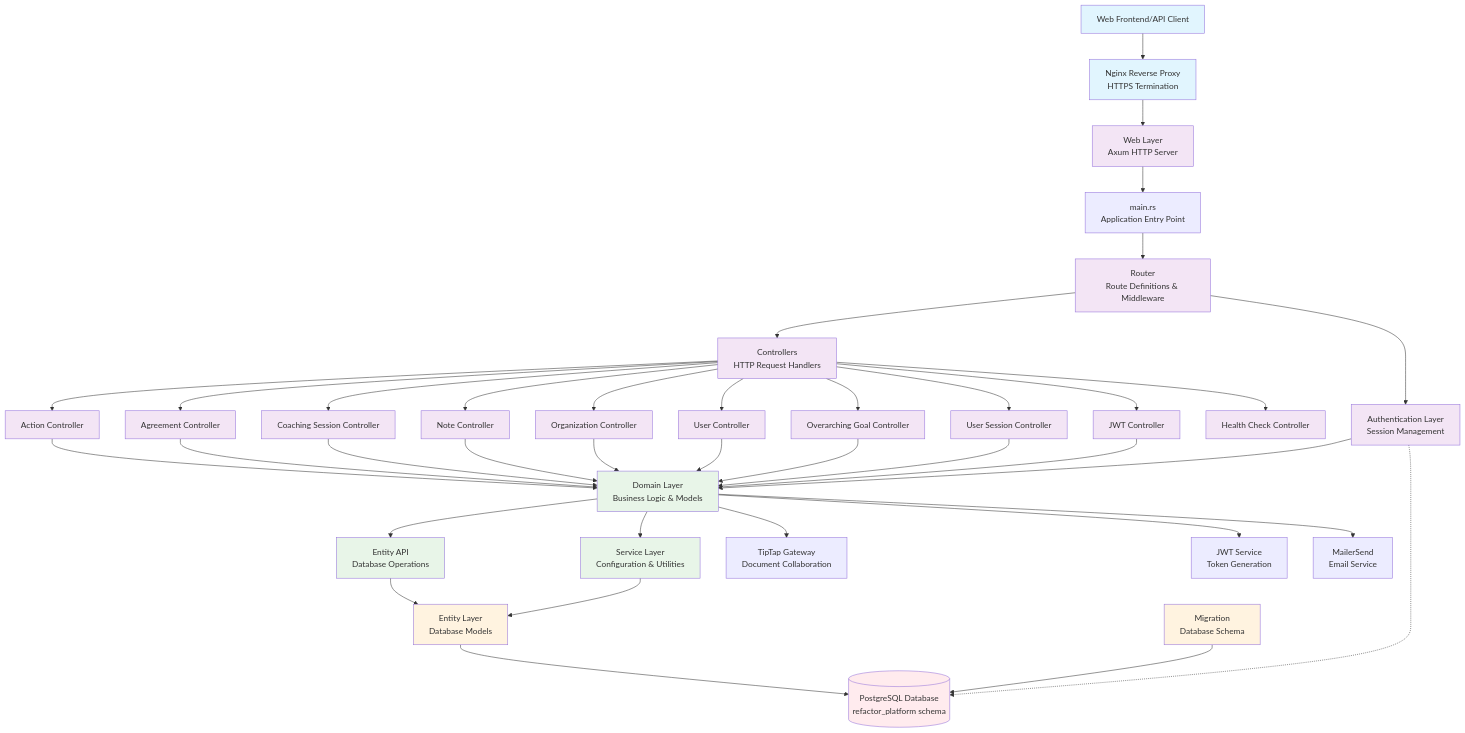
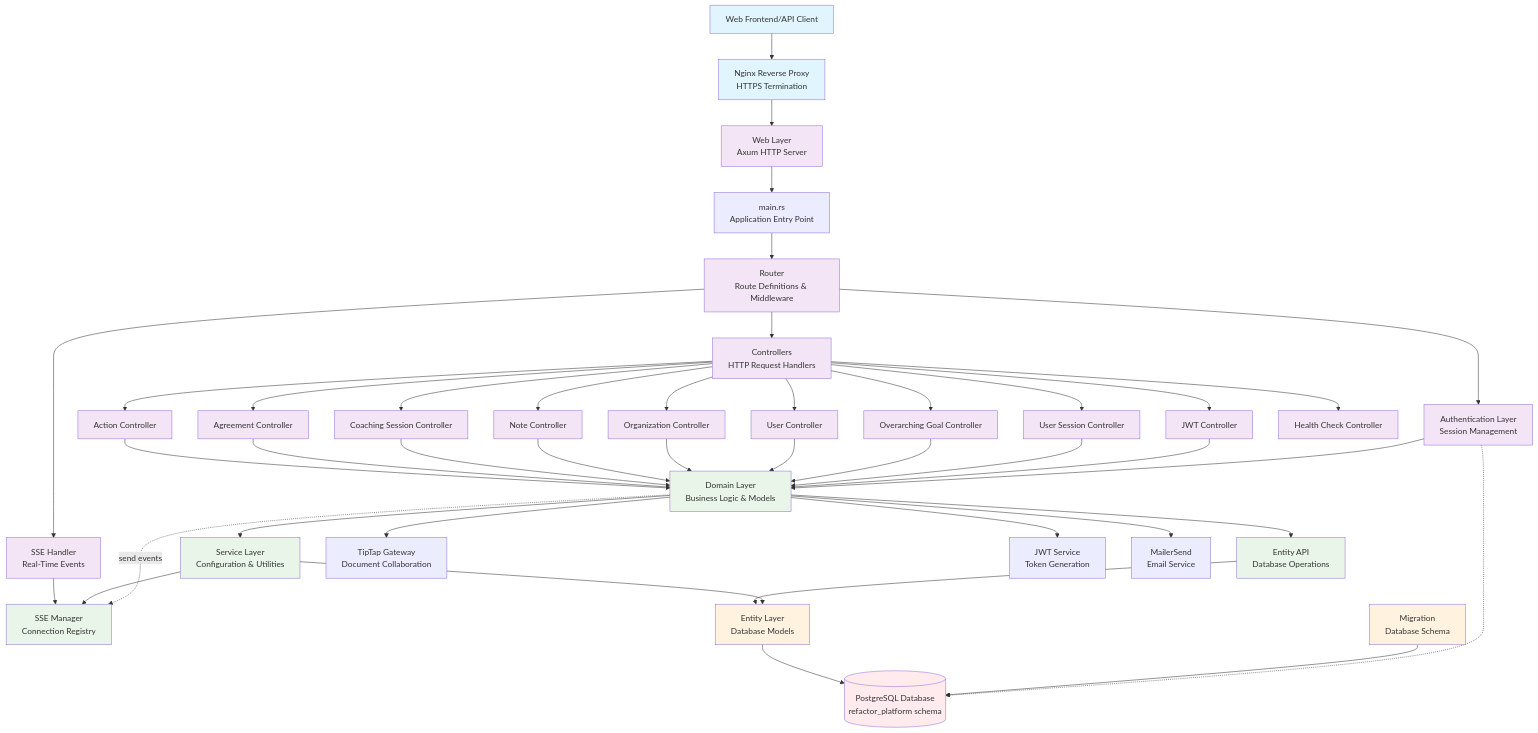
Before and after one commit to refactor-group/refactor-platform-rs: the diagram in docs/architecture/system_architecture_diagram.md, drawn with Mermaid. The commit also changed other lines of this file and 3 other files, not shown here.

First line of the commit message:
docs: update architecture documentation for SSE infrastructure

````diff
--- a/docs/architecture/system_architecture_diagram.md
+++ b/docs/architecture/system_architecture_diagram.md
@@ -71,11 +75,13 @@
     Router[Router<br/>Route Definitions & Middleware]
     Controllers[Controllers<br/>HTTP Request Handlers]
     Auth[Authentication Layer<br/>Session Management]
-    
+    SSE[SSE Handler<br/>Real-Time Events]
+
     %% Business Logic Layer
     Domain[Domain Layer<br/>Business Logic & Models]
     EntityAPI[Entity API<br/>Database Operations]
     Service[Service Layer<br/>Configuration & Utilities]
+    SSEManager[SSE Manager<br/>Connection Registry]
     
     %% Data Layer
     Entity[Entity Layer<br/>Database Models]
@@ -96,6 +102,7 @@
     %% Router to Controllers
     Router --> Controllers
     Router --> Auth
+    Router --> SSE
     
     %% Controllers breakdown
     Controllers --> ActionCtrl[Action Controller]
@@ -123,6 +130,11 @@
     %% Domain to Data Access
     Domain --> EntityAPI
     Domain --> Service
+
+    %% SSE Integration
+    SSE --> SSEManager
+    Service --> SSEManager
+    Domain -.->|send events| SSEManager
     
     %% Data Access Layer
     EntityAPI --> Entity
@@ -147,8 +159,8 @@
     classDef database fill:#ffebee
     
     class Client,Nginx external
-    class Web,Router,Controllers,Auth,ActionCtrl,AgreementCtrl,CoachingCtrl,NoteCtrl,OrgCtrl,UserCtrl,GoalCtrl,SessionCtrl,JWTCtrl,HealthCtrl web
-    class Domain,EntityAPI,Service business
+    class Web,Router,Controllers,Auth,SSE,ActionCtrl,AgreementCtrl,CoachingCtrl,NoteCtrl,OrgCtrl,UserCtrl,GoalCtrl,SessionCtrl,JWTCtrl,HealthCtrl web
+    class Domain,EntityAPI,Service,SSEManager business
     class Entity,Migration data
     class DB database
 ```
````
